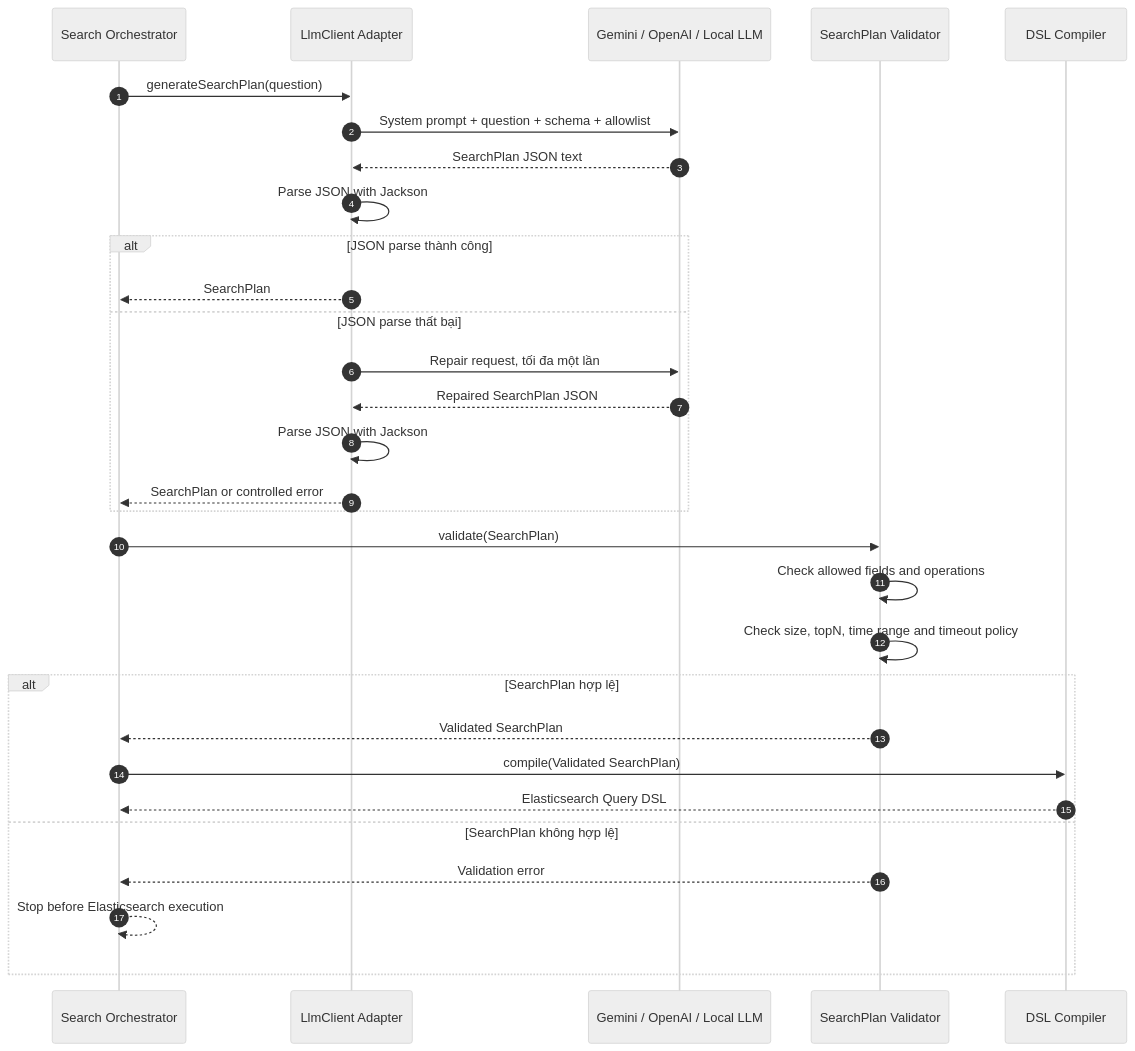
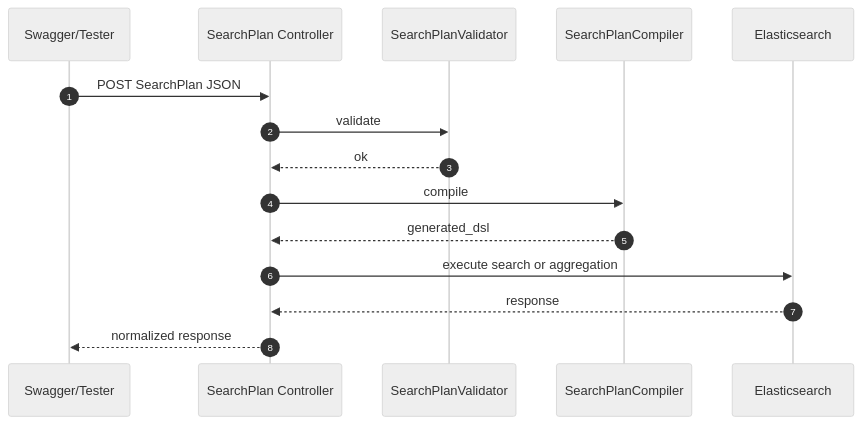
One commit to PhamVanMinhBinhThuan/soc-ai-search changed the fifth of 9 diagrams in docs/sequence-flow.md. Above: the diagram before and after it, drawn with Mermaid (neutral theme). The commit also changed other lines of this file and 5 other files, not shown here.

````diff
--- a/docs/sequence-flow.md
+++ b/docs/sequence-flow.md
@@ -246,36 +198,18 @@
 ```mermaid
 sequenceDiagram
     autonumber
-    participant Search as Search Orchestrator
-    participant LlmClient as LlmClient Adapter
-    participant LLM as Gemini / OpenAI / Local LLM
-    participant Guard as SearchPlan Validator
-    participant DSL as DSL Compiler
+    participant Client as Swagger/Tester
+    participant API as SearchPlan Controller
+    participant Guard as SearchPlanValidator
+    participant Compiler as SearchPlanCompiler
+    participant ES as Elasticsearch
 
-    Search->>LlmClient: generateSearchPlan(question)
-    LlmClient->>LLM: System prompt + question + schema + allowlist
-    LLM-->>LlmClient: SearchPlan JSON text
-    LlmClient->>LlmClient: Parse JSON with Jackson
-
-    alt JSON parse thành công
-        LlmClient-->>Search: SearchPlan
-    else JSON parse thất bại
-        LlmClient->>LLM: Repair request, tối đa một lần
-        LLM-->>LlmClient: Repaired SearchPlan JSON
-        LlmClient->>LlmClient: Parse JSON with Jackson
-        LlmClient-->>Search: SearchPlan or controlled error
-    end
-
-    Search->>Guard: validate(SearchPlan)
-    Guard->>Guard: Check allowed fields and operations
-    Guard->>Guard: Check size, topN, time range and timeout policy
-
-    alt SearchPlan hợp lệ
-        Guard-->>Search: Validated SearchPlan
-        Search->>DSL: compile(Validated SearchPlan)
-        DSL-->>Search: Elasticsearch Query DSL
-    else SearchPlan không hợp lệ
-        Guard-->>Search: Validation error
-        Search-->>Search: Stop before Elasticsearch execution
-    end
+    Client->>API: POST SearchPlan JSON
+    API->>Guard: validate
+    Guard-->>API: ok
+    API->>Compiler: compile
+    Compiler-->>API: generated_dsl
+    API->>ES: execute search or aggregation
+    ES-->>API: response
+    API-->>Client: normalized response
 ```
````
